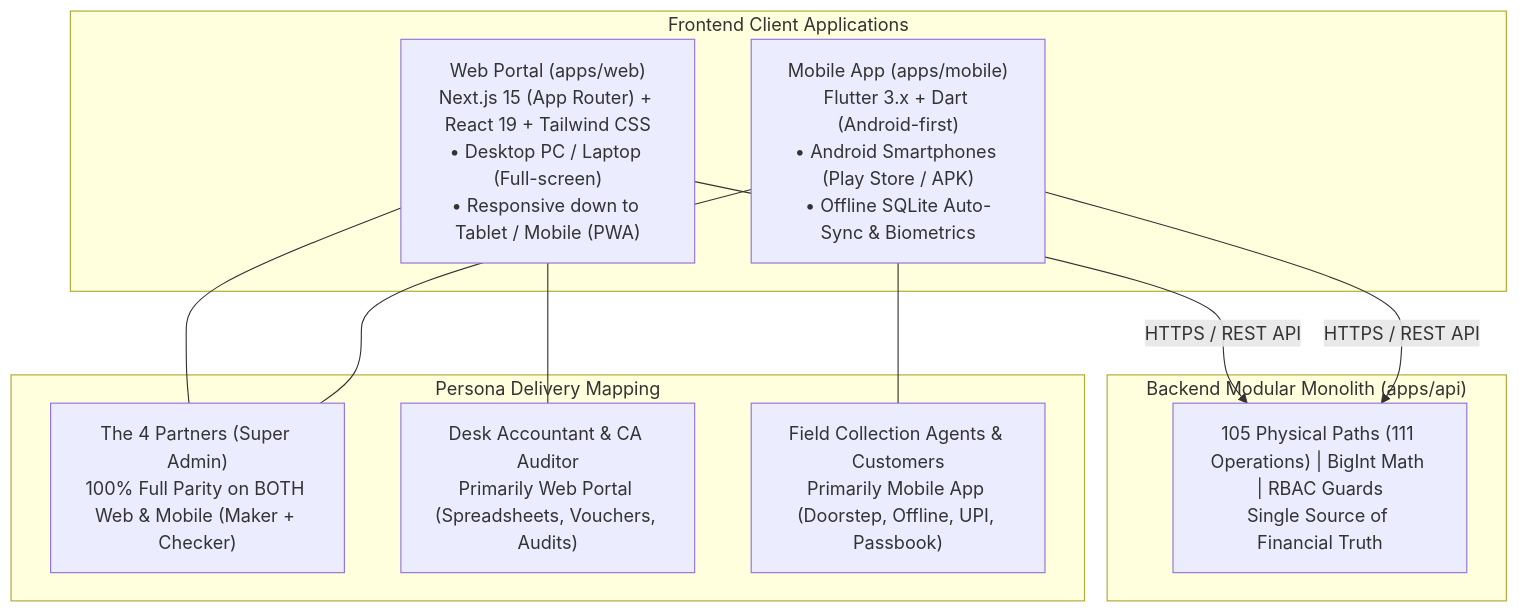
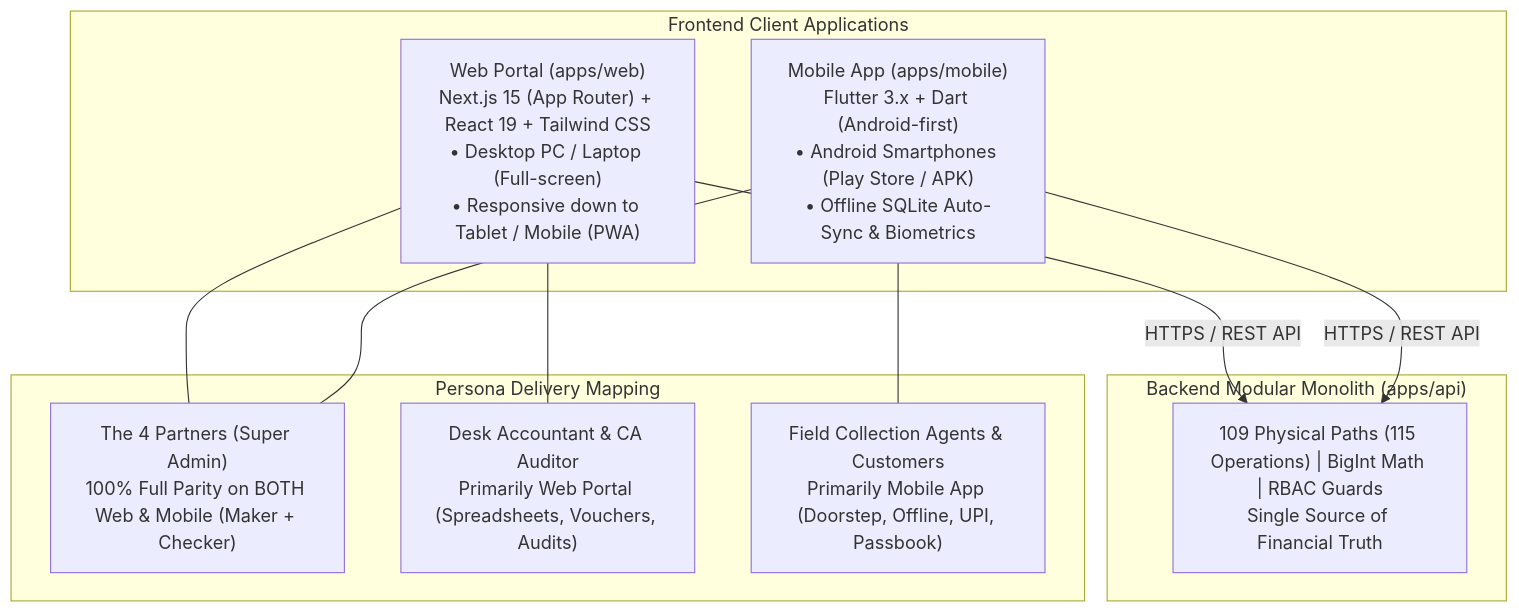
One commit to Kathir-24/Kumaran-finance changed the first of 2 diagrams in docs/03-architecture/frontend-architecture.md. Above: the diagram before and after it, drawn with Mermaid. The commit also changed other lines of this file and 6 other files, not shown here.

````diff
--- a/docs/03-architecture/frontend-architecture.md
+++ b/docs/03-architecture/frontend-architecture.md
@@ -17,25 +17,25 @@
 ```mermaid
 flowchart TD
     subgraph Clients["Frontend Client Applications"]
         Web["Web Portal (apps/web)\nNext.js 15 (App Router) + React 19 + Tailwind CSS\n• Desktop PC / Laptop (Full-screen)\n• Responsive down to Tablet / Mobile (PWA)"]
         Mobile["Mobile App (apps/mobile)\nFlutter 3.x + Dart (Android-first)\n• Android Smartphones (Play Store / APK)\n• Offline SQLite Auto-Sync & Biometrics"]
     end
 
     subgraph API["Backend Modular Monolith (apps/api)"]
-        Nest["105 Physical Paths (111 Operations) | BigInt Math | RBAC Guards\nSingle Source of Financial Truth"]
+        Nest["109 Physical Paths (115 Operations) | BigInt Math | RBAC Guards\nSingle Source of Financial Truth"]
     end
 
     subgraph Personas["Persona Delivery Mapping"]
         P_Partner["The 4 Partners (Super Admin)\n100% Full Parity on BOTH Web & Mobile (Maker + Checker)"]
         P_Desk["Desk Accountant & CA Auditor\nPrimarily Web Portal (Spreadsheets, Vouchers, Audits)"]
         P_Field["Field Collection Agents & Customers\nPrimarily Mobile App (Doorstep, Offline, UPI, Passbook)"]
     end
 
     Web -->|HTTPS / REST API| Nest
     Mobile -->|HTTPS / REST API| Nest
 
     Web --- P_Partner
     Web --- P_Desk
     Mobile --- P_Partner
     Mobile --- P_Field
 ```
````
